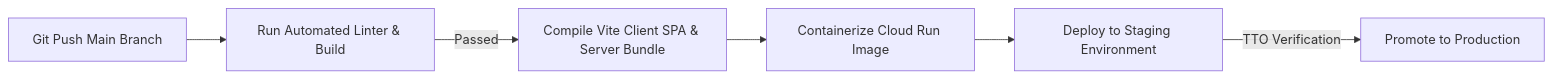
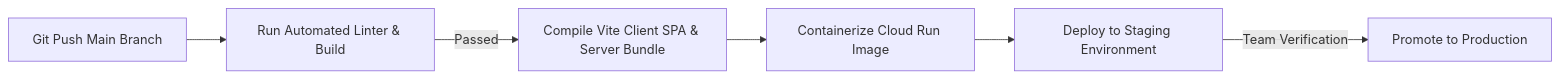
One commit to WISDOM-OSBORN/VIRTUALHUB changed the fifth of 5 diagrams in public/PROJECT_DOCUMENTATION.md. Above: the diagram before and after it, drawn with Mermaid. The commit also changed other lines of this file, not shown here.

````diff
--- a/public/PROJECT_DOCUMENTATION.md
+++ b/public/PROJECT_DOCUMENTATION.md
@@ -618,8 +620,8 @@
 ```mermaid
 flowchart LR
     A[Git Push Main Branch] --> B[Run Automated Linter & Build]
     B -->|Passed| C[Compile Vite Client SPA & Server Bundle]
     C --> D[Containerize Cloud Run Image]
     D --> E[Deploy to Staging Environment]
-    E -->|TTO Verification| F[Promote to Production]
+    E -->|Team Verification| F[Promote to Production]
 ```
````
